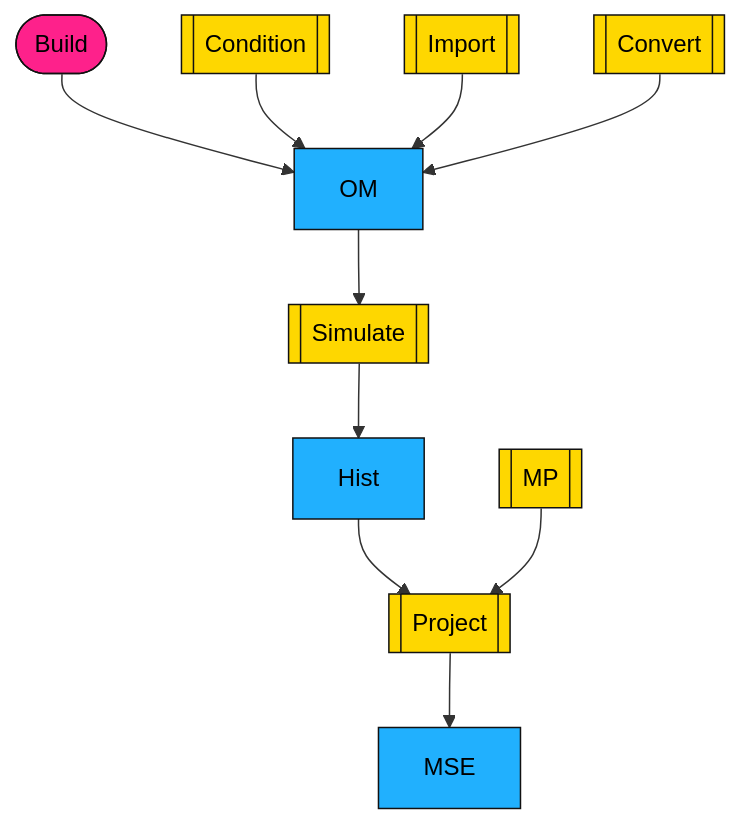
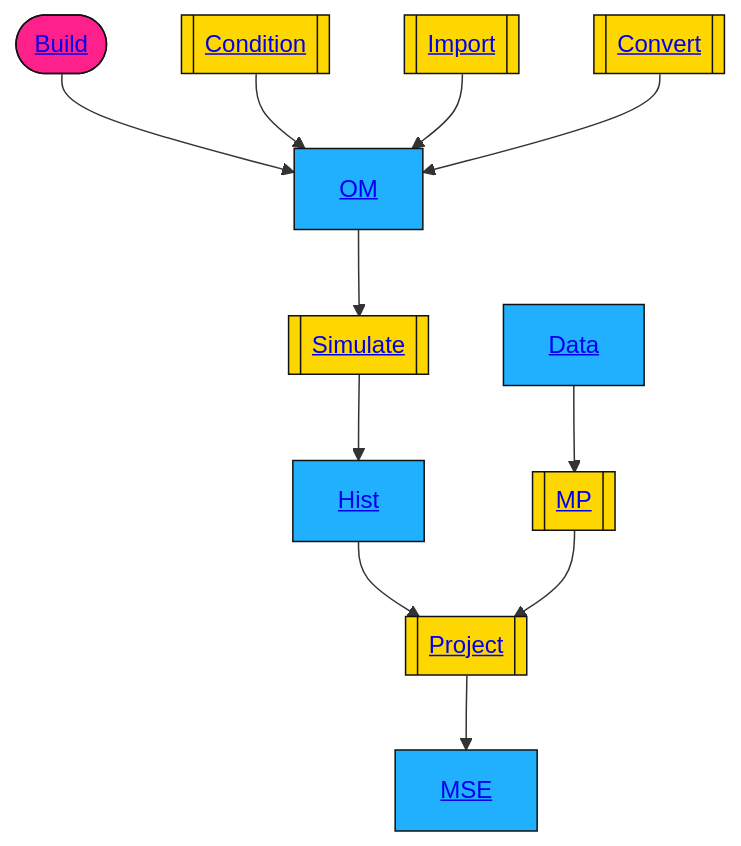
The diagram in getting_started.qmd (Blue-Matter/openMSETechGuide), drawn with Mermaid before and after one commit. The commit also changed other lines of this file and 169 other files, not shown here.

````diff
--- a/getting_started.qmd
+++ b/getting_started.qmd
@@ -15,30 +13,33 @@
 ```{mermaid}
 %%| label: fig-flowchart
 %%| fig-cap: "An overview of the primary objects and functions used in the MSE process."
 
 flowchart TD
-  build([Build])
-  condition[[Condition]]
-  import[[Import]]
-  convert[[Convert]]
-  om[OM]
+  build([<a href='walkthrough.html'>Build</a>])
+  condition[[<a href='OM_condition.html'>Condition</a>]]
+  import[[<a href='OM_import.html'>Import</a>]]
+  convert[[<a href='OM_convert.html'>Convert</a>]]
+  om[<a href='object_om.html'>OM</a>]
   build:::process --> om
   condition:::function --> om
   import:::function --> om
   convert:::function --> om
-  sim[[Simulate]]
+  sim[[<a href='walkthrough_hist.html'>Simulate</a>]]
   om:::object --> sim:::function
-  hist[Hist]
+  hist[<a href='object_hist.html'>Hist</a>]
   sim --> hist:::object
-  mp[[MP]]
-  project[[Project]]
+  mp[[<a href='management_procedures.html'>MP</a>]]
+  data[<a href='object_data.html'>Data</a>]
+  data:::object --> mp
+  project[[<a href='object_mse.html'>Project</a>]]
   hist:::object --> project:::function
   mp:::function --> project
-  mse[MSE]
+  mse[<a href='object_mse.html'>MSE</a>]
   project --> mse:::object
+
 
 classDef process fill:#fe218b, stroke:#111,stroke-width:1px, color:#000
 classDef function fill:#fed700, stroke:#111,stroke-width:1px, color:#000
 classDef object fill:#21b0fe, stroke:#111,stroke-width:1px, color:#000
 
 ```
````
